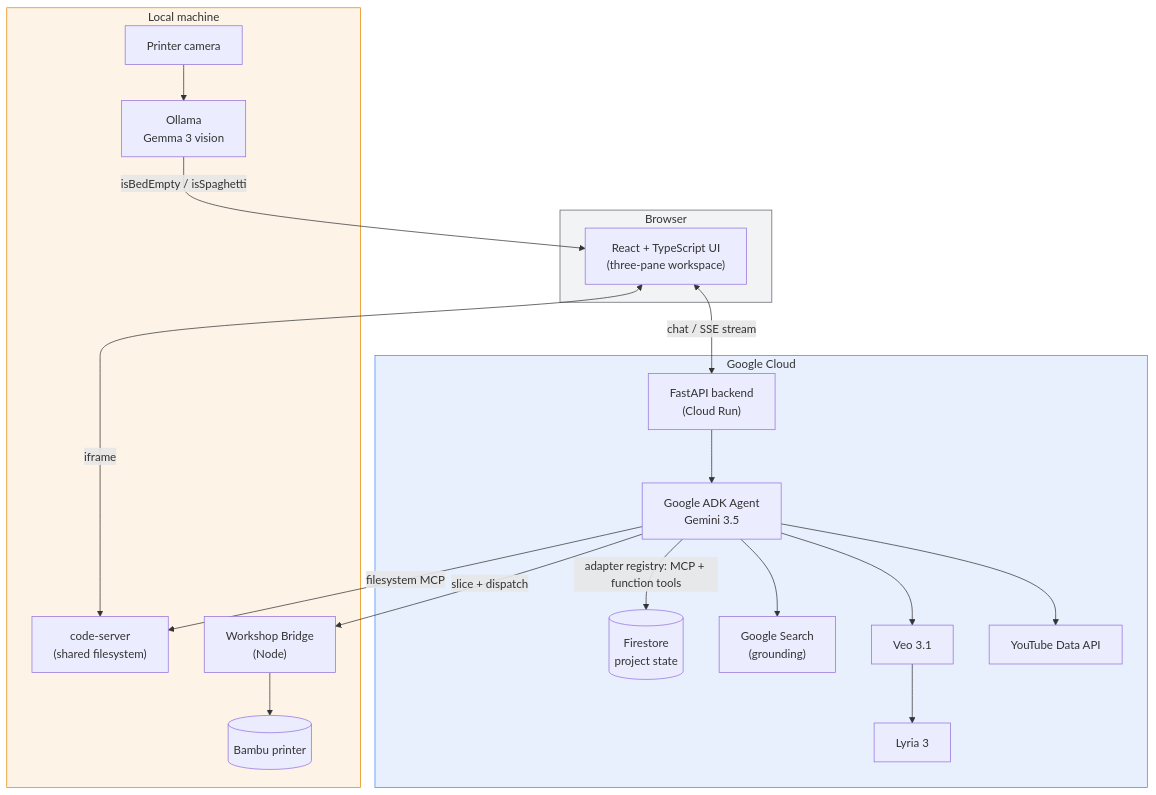
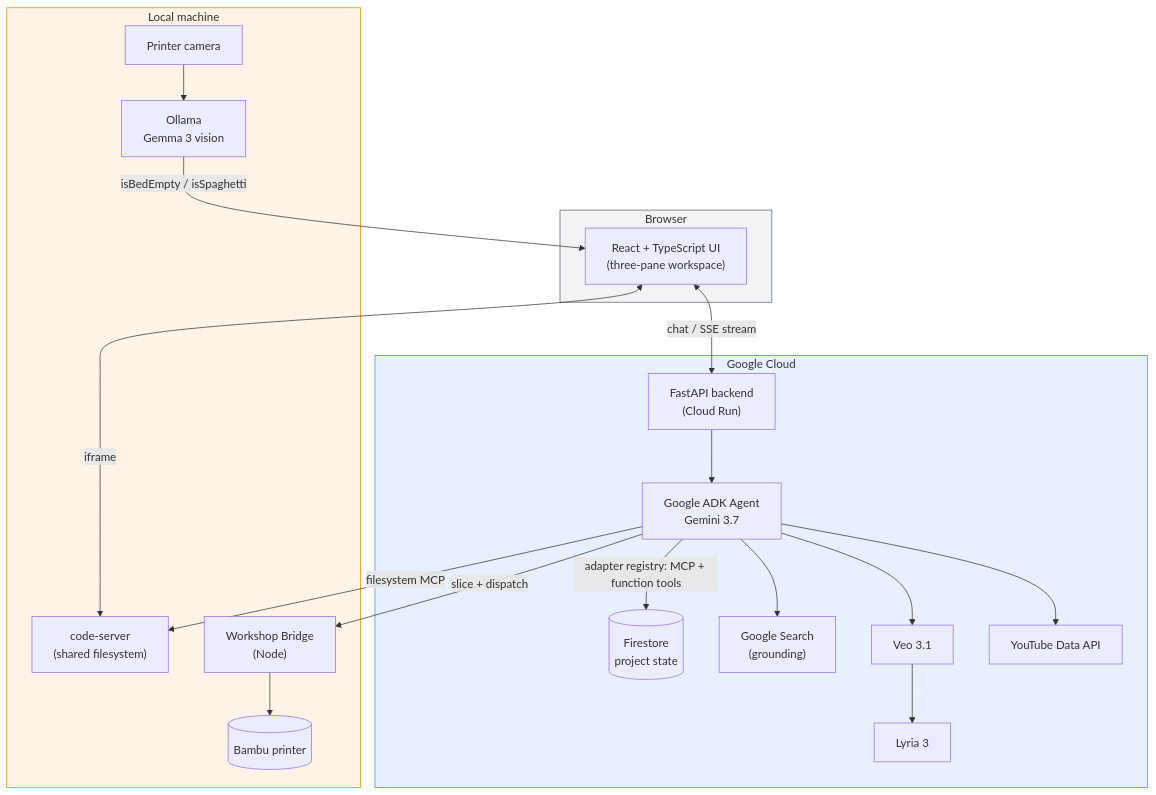
The diagram in README.md (Its-a-me-Ashwin/Anvil), drawn with Mermaid before and after one commit. The commit also changed other lines of this file, not shown here.

Commit message:
Correct README to reflect Gemini 3.7, not 3.5

````diff
--- a/README.md
+++ b/README.md
@@ -161,40 +161,40 @@
 ```mermaid
 flowchart TB
     subgraph Client["Browser"]
         UI["React + TypeScript UI<br/>(three-pane workspace)"]
     end
 
     subgraph Cloud["Google Cloud"]
         Backend["FastAPI backend<br/>(Cloud Run)"]
-        ADK["Google ADK Agent<br/>Gemini 3.5"]
+        ADK["Google ADK Agent<br/>Gemini 3.7"]
         FS[("Firestore<br/>project state")]
         Search["Google Search<br/>(grounding)"]
         Veo["Veo 3.1"]
         Lyria["Lyria 3"]
         YT["YouTube Data API"]
     end
 
     subgraph Local["Local machine"]
         CS["code-server<br/>(shared filesystem)"]
         Bridge["Workshop Bridge<br/>(Node)"]
         Printer[("Bambu printer")]
         Cam["Printer camera"]
         Ollama["Ollama<br/>Gemma 3 vision"]
     end
 
     UI <-->|chat / SSE stream| Backend
     Backend --> ADK
     ADK -->|adapter registry: MCP + function tools| FS
     ADK --> Search
     ADK --> Veo --> Lyria
     ADK --> YT
     ADK -->|filesystem MCP| CS
     ADK -->|slice + dispatch| Bridge
     Bridge --> Printer
     UI <-->|iframe| CS
     Cam --> Ollama -->|isBedEmpty / isSpaghetti| UI
 
     style Cloud fill:#e8f0fe,stroke:#4285F4
     style Local fill:#fdf3e7,stroke:#EA8600
     style Client fill:#f1f3f4,stroke:#5f6368
 ```
````
